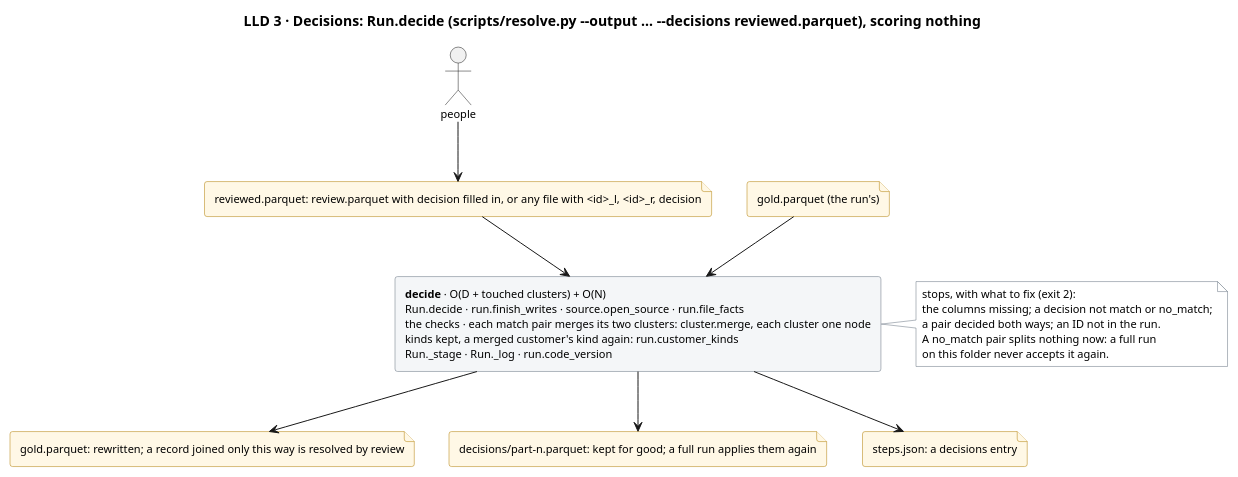
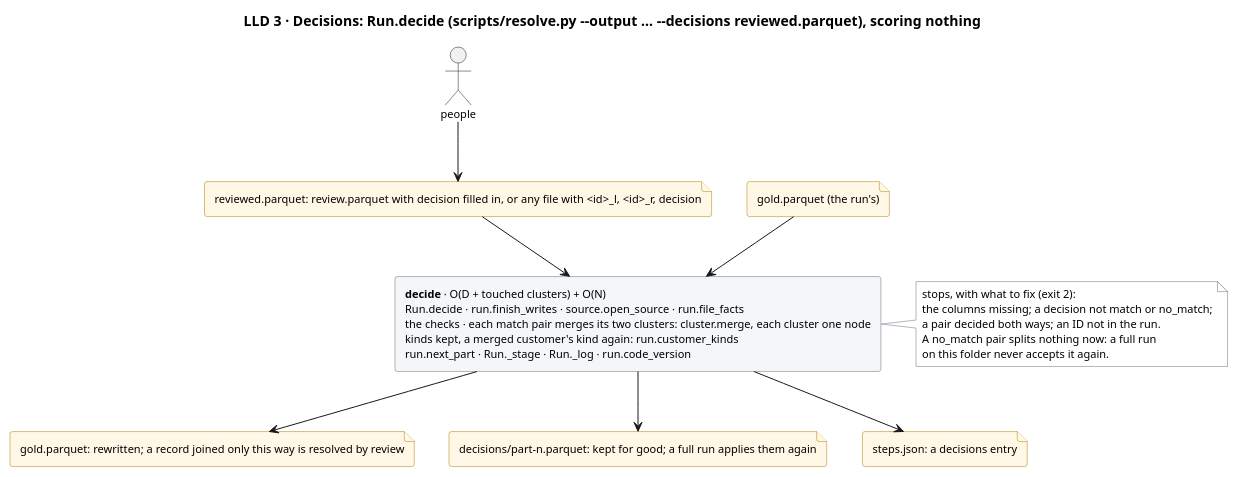
Before and after one commit to mvsbm/entity_matching: the diagram in docs/diagrams/decisions.puml, drawn with PlantUML. The commit also changed 13 other files, not shown here.

```diff
--- a/docs/diagrams/decisions.puml
+++ b/docs/diagrams/decisions.puml
@@ -1,41 +1,41 @@
 @startuml decisions
 title LLD 3 · Decisions: Run.decide (scripts/resolve.py ~--output … ~--decisions reviewed.parquet), scoring nothing
 skinparam defaultFontSize 11
 skinparam rectangle {
   BackgroundColor #F4F6F8
   BorderColor #65717E
 }
 skinparam file {
   BackgroundColor #FFF8E6
   BorderColor #B07D00
 }
 skinparam note {
   BackgroundColor #FFFFFF
   BorderColor #65717E
 }
 
 actor "people" as people
 file "reviewed.parquet: review.parquet with decision filled in, or any file with <id>_l, <id>_r, decision" as f_decided
 file "gold.parquet (the run's)" as f_gold_in
 
-rectangle "<b>decide</b> · O(D + touched clusters) + O(N)\nRun.decide · run.finish_writes · source.open_source · run.file_facts\nthe checks · each match pair merges its two clusters: cluster.merge, each cluster one node\nkinds kept, a merged customer's kind again: run.customer_kinds\nRun._stage · Run._log · run.code_version" as decide
+rectangle "<b>decide</b> · O(D + touched clusters) + O(N)\nRun.decide · run.finish_writes · source.open_source · run.file_facts\nthe checks · each match pair merges its two clusters: cluster.merge, each cluster one node\nkinds kept, a merged customer's kind again: run.customer_kinds\nrun.next_part · Run._stage · Run._log · run.code_version" as decide
 
 note right of decide
   stops, with what to fix (exit 2):
   the columns missing; a decision not match or no_match;
   a pair decided both ways; an ID not in the run.
   A no_match pair splits nothing now: a full run
   on this folder never accepts it again.
 end note
 
 file "gold.parquet: rewritten; a record joined only this way is resolved by review" as f_gold_out
 file "decisions/part-n.parquet: kept for good; a full run applies them again" as f_kept
 file "steps.json: a decisions entry" as f_steps
 
 people --> f_decided
 f_decided --> decide
 f_gold_in --> decide
 decide --> f_gold_out
 decide --> f_kept
 decide --> f_steps
 @enduml
```
